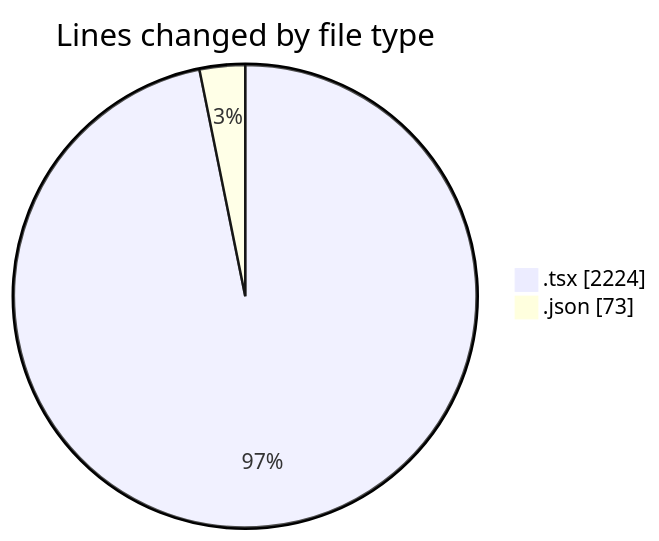
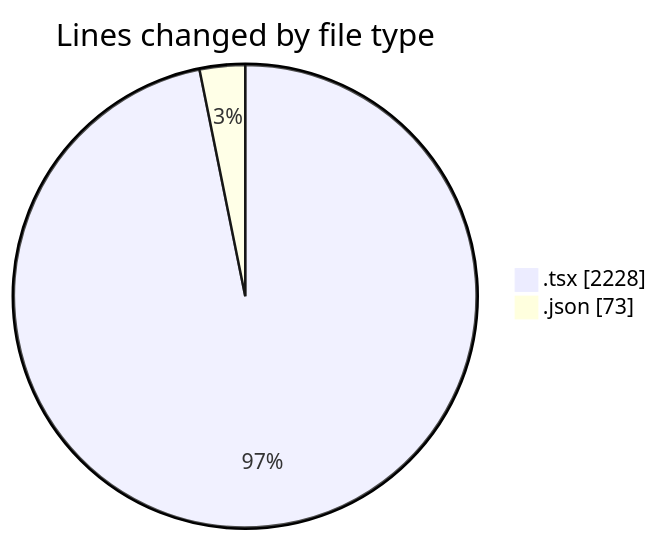
The first of 2 diagrams in 2025-10-02/cda/README.md (momahboobian/code-tracking), drawn with Mermaid before and after one commit. The commit also changed other lines of this file and 1 other file, not shown here.

````diff
--- a/2025-10-02/cda/README.md
+++ b/2025-10-02/cda/README.md
@@ -23,6 +23,6 @@
 ```mermaid
 pie showData
 title Lines changed by file type
-".tsx" : 2224
+".tsx" : 2228
 ".json" : 73
 ```
````
